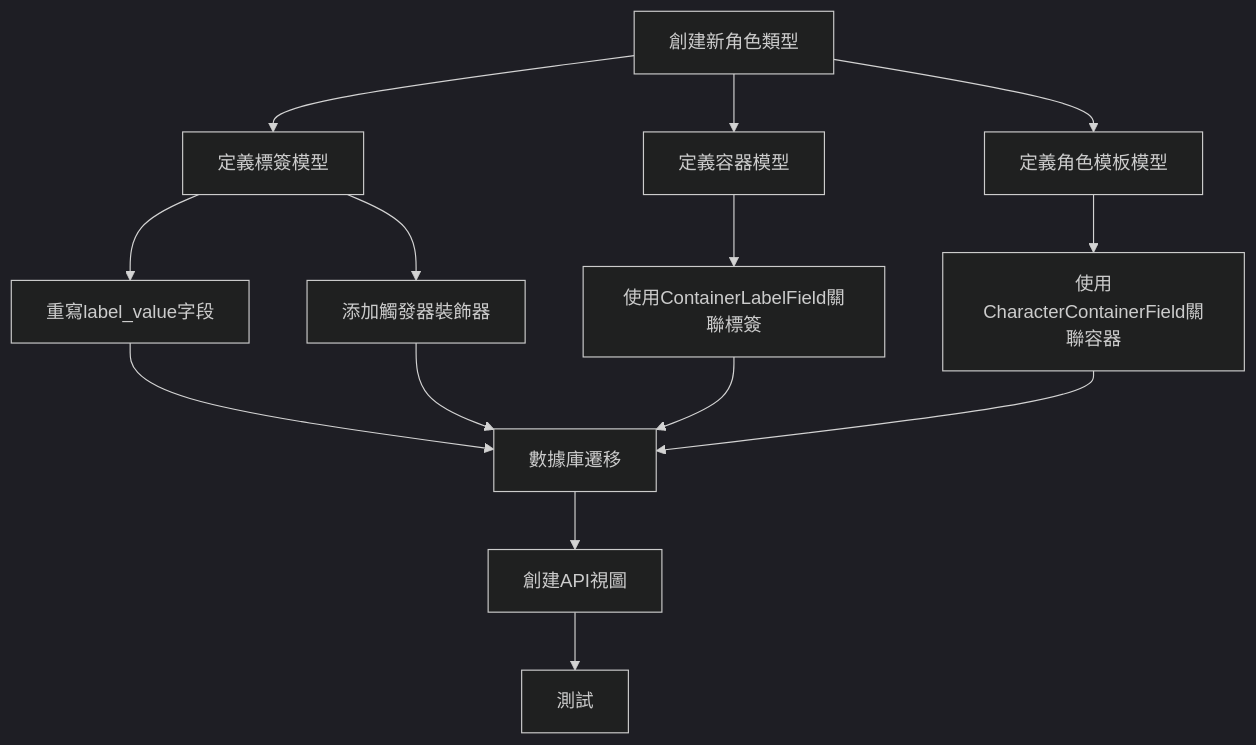
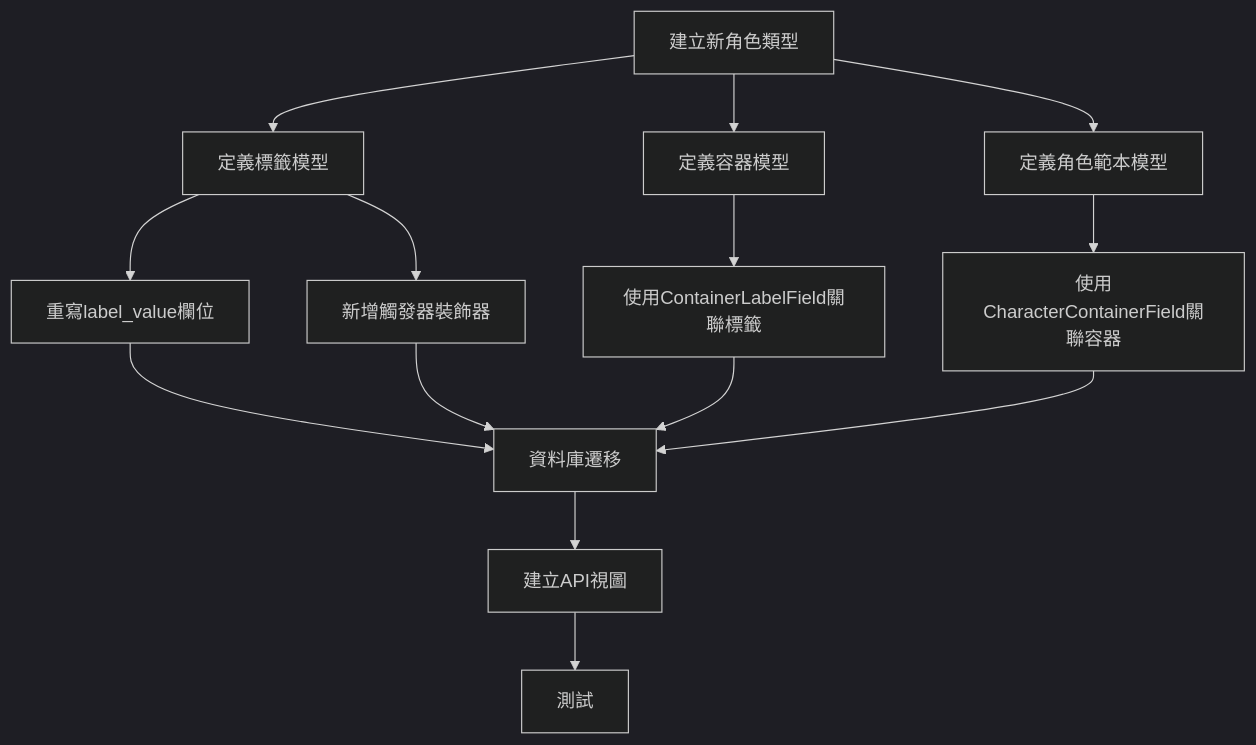
Before and after one commit to lizzary/Quantitative-Strategy-Management-and-Monitoring-System-Platform: diagram 26 of 48 in readme.md, drawn with Mermaid (dark theme). The commit also changed other lines of this file, not shown here.

````diff
--- a/readme.md
+++ b/readme.md
@@ -1781,21 +1865,21 @@
 ```mermaid
 flowchart TD
-    A[創建新角色類型] --> B[定義標簽模型]
+    A[建立新角色類型] --> B[定義標籤模型]
     A --> C[定義容器模型]
-    A --> D[定義角色模板模型]
+    A --> D[定義角色範本模型]
     
-    B --> E[重寫label_value字段]
-    B --> F[添加觸發器裝飾器]
+    B --> E[重寫label_value欄位]
+    B --> F[新增觸發器裝飾器]
     
-    C --> G[使用ContainerLabelField關聯標簽]
+    C --> G[使用ContainerLabelField關聯標籤]
     
     D --> H[使用CharacterContainerField關聯容器]
     
-    E --> I[數據庫遷移]
+    E --> I[資料庫遷移]
     F --> I
     G --> I
     H --> I
     
-    I --> J[創建API視圖]
+    I --> J[建立API視圖]
     J --> K[測試]
 ```
````
